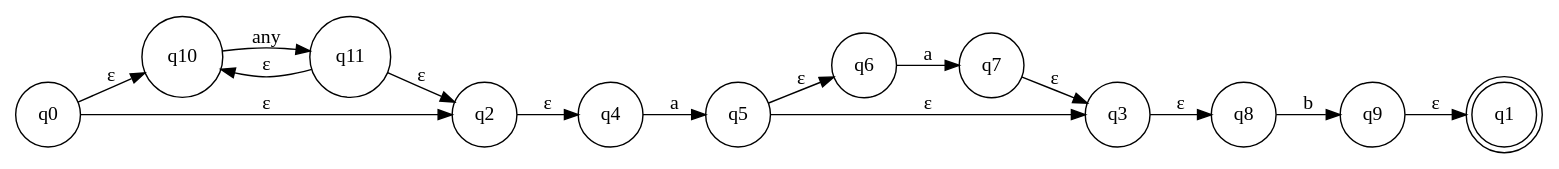
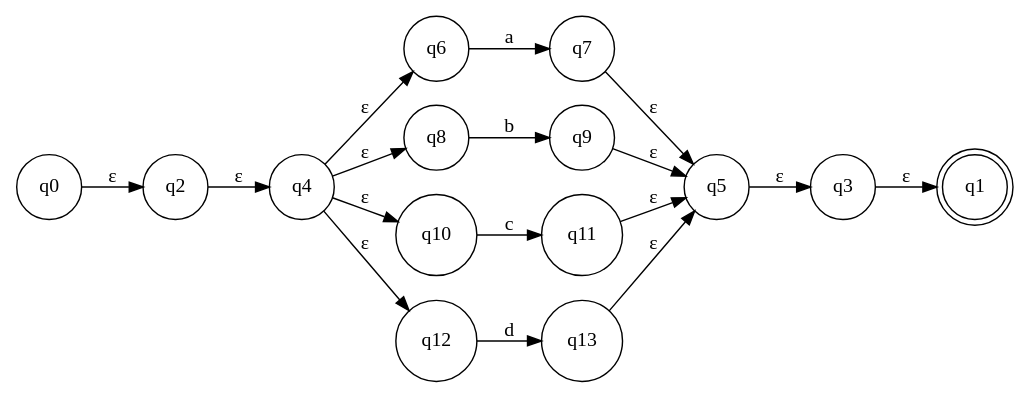
Before and after one commit to DjoCoding/regex: the diagram in nfa.dot, drawn with Graphviz. The commit also changed 14 other files, not shown here.

```diff
--- a/nfa.dot
+++ b/nfa.dot
@@ -1,30 +1,34 @@
 digraph NFA {
 	rankdir=LR;
 	node [shape=circle];
 	q0 [label="q0"];
-	q0 -> q10 [label="ε"];
-	q10 [label="q10"];
-	q10 -> q11 [label="any"];
-	q11 [label="q11"];
-	q11 -> q10 [label="ε"];
-	q11 -> q2 [label="ε"];
+	q0 -> q2 [label="ε"];
 	q2 [label="q2"];
 	q2 -> q4 [label="ε"];
 	q4 [label="q4"];
-	q4 -> q5 [label="a"];
-	q5 [label="q5"];
-	q5 -> q6 [label="ε"];
+	q4 -> q6 [label="ε"];
 	q6 [label="q6"];
 	q6 -> q7 [label="a"];
 	q7 [label="q7"];
-	q7 -> q3 [label="ε"];
+	q7 -> q5 [label="ε"];
+	q5 [label="q5"];
+	q5 -> q3 [label="ε"];
 	q3 [label="q3"];
-	q3 -> q8 [label="ε"];
+	q3 -> q1 [label="ε"];
+	q1 [shape=doublecircle];
+	q4 -> q8 [label="ε"];
 	q8 [label="q8"];
 	q8 -> q9 [label="b"];
 	q9 [label="q9"];
-	q9 -> q1 [label="ε"];
-	q1 [shape=doublecircle];
-	q5 -> q3 [label="ε"];
-	q0 -> q2 [label="ε"];
+	q9 -> q5 [label="ε"];
+	q4 -> q10 [label="ε"];
+	q10 [label="q10"];
+	q10 -> q11 [label="c"];
+	q11 [label="q11"];
+	q11 -> q5 [label="ε"];
+	q4 -> q12 [label="ε"];
+	q12 [label="q12"];
+	q12 -> q13 [label="d"];
+	q13 [label="q13"];
+	q13 -> q5 [label="ε"];
 }
```
